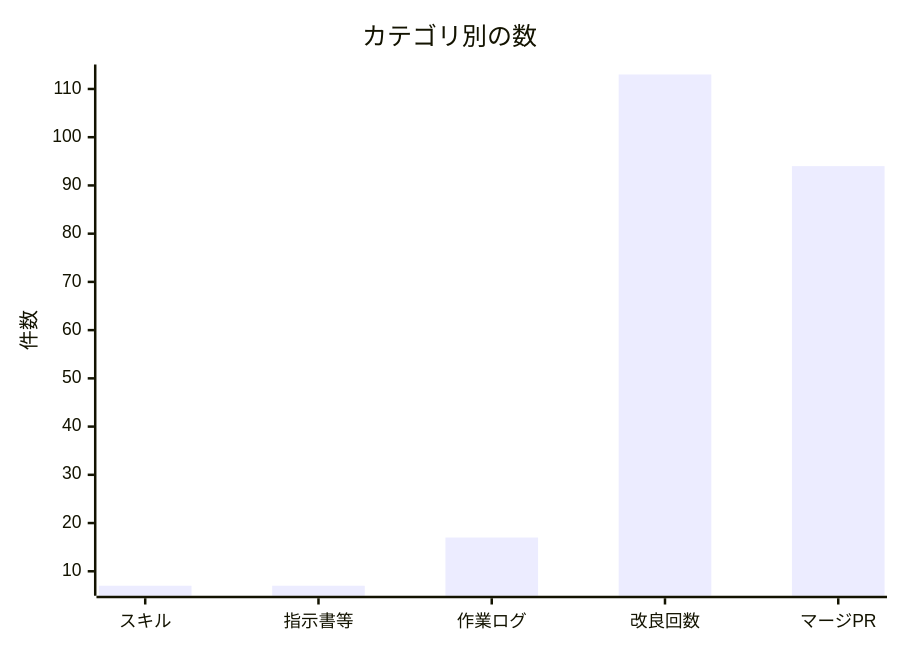
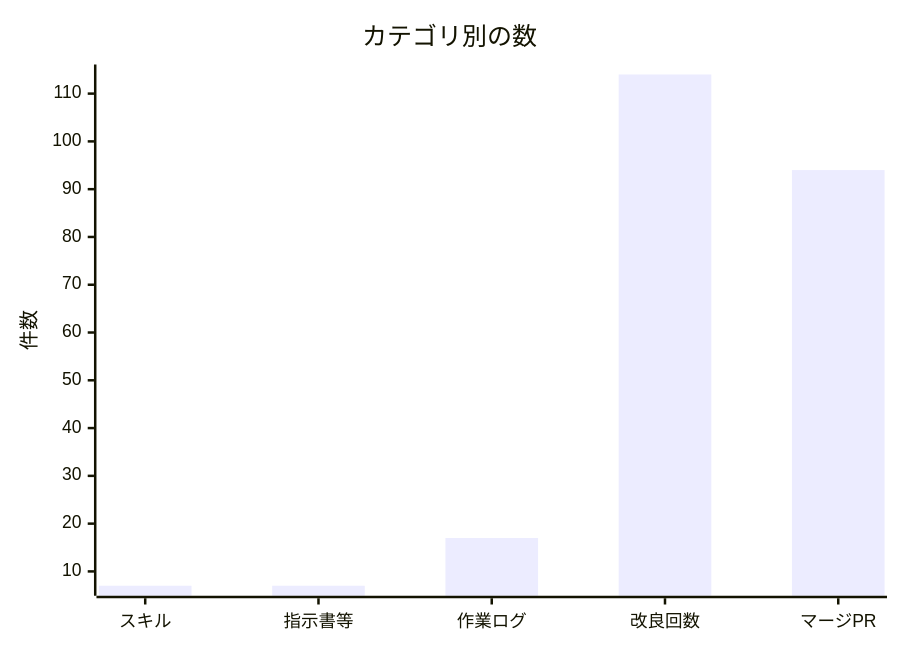
The second of 2 diagrams in docs/進化レポート.md (non-x2/non-x2), drawn with Mermaid before and after one commit. The commit also changed other lines of this file and 1 other file, not shown here.

````diff
--- a/docs/進化レポート.md
+++ b/docs/進化レポート.md
@@ -33,7 +33,7 @@
 ```mermaid
 xychart-beta
     title "カテゴリ別の数"
     x-axis ["スキル", "指示書等", "作業ログ", "改良回数", "マージPR"]
     y-axis "件数"
-    bar [7, 7, 17, 113, 94]
+    bar [7, 7, 17, 114, 94]
 ```
````
